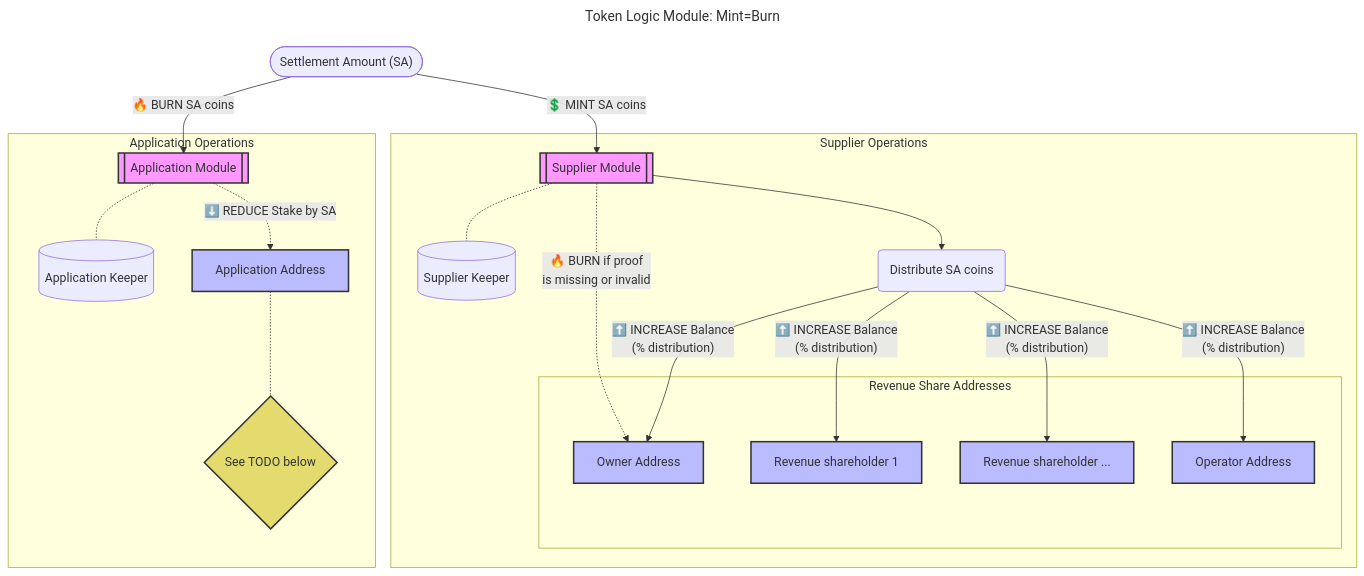
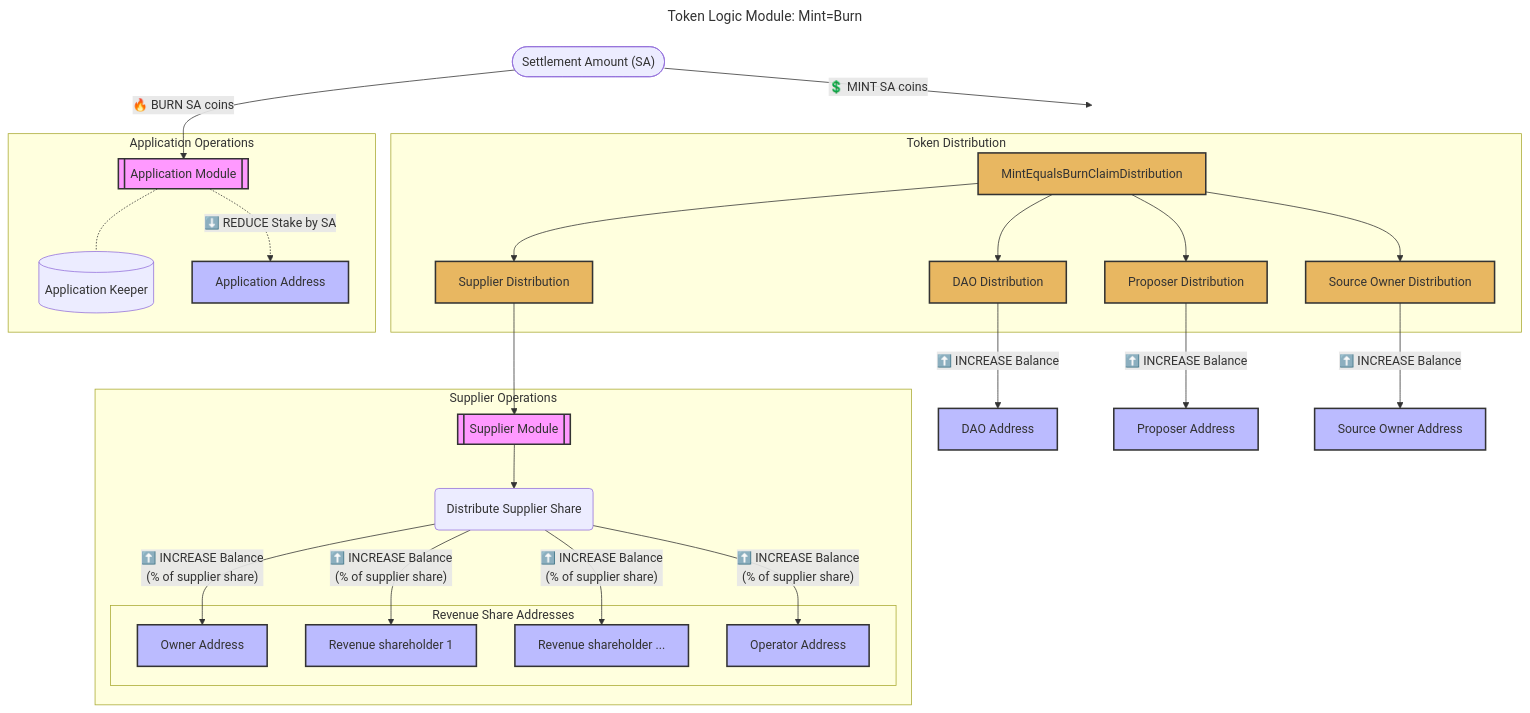
The diagram in docusaurus/docs/3_protocol/tokenomics/5_token_logic_modules_mint_equal_burn.md (pokt-network/poktroll), drawn with Mermaid before and after one commit. The commit also changed other lines of this file and 5 other files, not shown here.

````diff
--- a/docusaurus/docs/3_protocol/tokenomics/5_token_logic_modules_mint_equal_burn.md
+++ b/docusaurus/docs/3_protocol/tokenomics/5_token_logic_modules_mint_equal_burn.md
@@ -25,52 +17,63 @@
 ```mermaid
 ---
 title: "Token Logic Module: Mint=Burn"
 ---
 flowchart TD
     SA(["Settlement Amount (SA)"])
 
-    SA -- 💲 MINT SA coins --> SM
+    SA -- 💲 MINT SA coins --> TD
     SA -- 🔥 BURN SA coins--> AM
+
+    subgraph TD[Token Distribution]
+        MEC[MintEqualsBurnClaimDistribution]
+        DAO_DIST[DAO Distribution]
+        PROP_DIST[Proposer Distribution]
+        SUPP_DIST[Supplier Distribution]
+        SRC_DIST[Source Owner Distribution]
+        
+        MEC --> DAO_DIST
+        MEC --> PROP_DIST
+        MEC --> SUPP_DIST
+        MEC --> SRC_DIST
+    end
 
     subgraph SO[Supplier Operations]
         SM[[Supplier Module]]
-        SK[(Supplier Keeper)]
-        SD(Distribute SA coins)
-        RSA[Other Revenue Share Addresses]
+        SD(Distribute Supplier Share)
 
-        SM -.- SK
-        SM -. 🔥 BURN if proof <br> is missing or invalid .-> OA
-        SD -->|"⬆️ INCREASE Balance <br> (% distribution)"| OA
-        SD -->|"⬆️ INCREASE Balance <br> (% distribution)"| RSH1
-        SD -->|"⬆️ INCREASE Balance <br> (% distribution)"| RSH2
-        SD -->|"⬆️ INCREASE Balance <br> (% distribution)"| OPA
+        SUPP_DIST --> SM
+        SM --> SD
+        SD -->|"⬆️ INCREASE Balance <br> (% of supplier share)"| OA
+        SD -->|"⬆️ INCREASE Balance <br> (% of supplier share)"| RSH1
+        SD -->|"⬆️ INCREASE Balance <br> (% of supplier share)"| RSH2
+        SD -->|"⬆️ INCREASE Balance <br> (% of supplier share)"| OPA
 
         subgraph RSA[Revenue Share Addresses]
             OA[Owner Address]
             OPA[Operator Address]
             RSH1[Revenue shareholder 1]
             RSH2[Revenue shareholder ...]
         end
     end
 
     subgraph AO[Application Operations]
         AM[[Application Module]]
         AK[(Application Keeper)]
         AA[Application Address]
 
         AM -.- AK
         AM -. ⬇️ REDUCE Stake by SA .-> AA
-        AA -.- TODO{See TODO below}
     end
 
-    SM --> SD
+    DAO_DIST -->|"⬆️ INCREASE Balance"| DAO_ADDR[DAO Address]
+    PROP_DIST -->|"⬆️ INCREASE Balance"| PROP_ADDR[Proposer Address]
+    SRC_DIST -->|"⬆️ INCREASE Balance"| SRC_ADDR[Source Owner Address]
 
     classDef module fill:#f9f,color: #333,stroke:#333,stroke-width:2px;
     classDef address fill:#bbf,color: #333,stroke:#333,stroke-width:2px;
-    classDef question fill:#e3db6d,color: #333,stroke:#333,stroke-width:2px;
-    classDef event fill:#e8b761,color: #333,stroke:#333,stroke-width:2px;
+    classDef distribution fill:#e8b761,color: #333,stroke:#333,stroke-width:2px;
 
     class SM,AM module;
-    class RSH1,RSH2,OA,OPA,AA address;
-    class TODO question;
+    class RSH1,RSH2,OA,OPA,AA,DAO_ADDR,PROP_ADDR,SRC_ADDR address;
+    class MEC,DAO_DIST,PROP_DIST,SUPP_DIST,SRC_DIST distribution;
 ```
````
